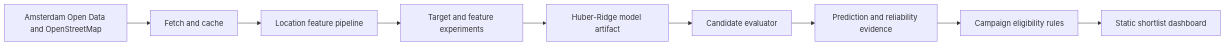
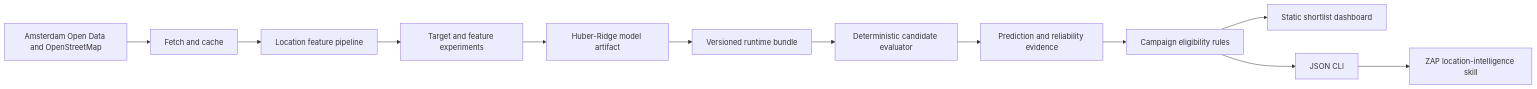
One commit to Shaoxuan-Shi/ai-location-intelligence-ads changed the diagram in docs/architecture.md. Above: the diagram before and after it, drawn with Mermaid. The commit also changed other lines of this file and 18 other files, not shown here.

Commit message:
Add shared runtime and repository skill

````diff
--- a/docs/architecture.md
+++ b/docs/architecture.md
@@ -5,11 +5,14 @@
 ```mermaid
 flowchart LR
     sources["Amsterdam Open Data and OpenStreetMap"] --> fetch["Fetch and cache"]
     fetch --> features["Location feature pipeline"]
     features --> experiments["Target and feature experiments"]
     experiments --> model["Huber-Ridge model artifact"]
-    model --> evaluator["Candidate evaluator"]
+    model --> bundle["Versioned runtime bundle"]
+    bundle --> evaluator["Deterministic candidate evaluator"]
     evaluator --> evidence["Prediction and reliability evidence"]
     evidence --> rules["Campaign eligibility rules"]
     rules --> dashboard["Static shortlist dashboard"]
+    rules --> cli["JSON CLI"]
+    cli --> skill["ZAP location-intelligence skill"]
 ```
````
